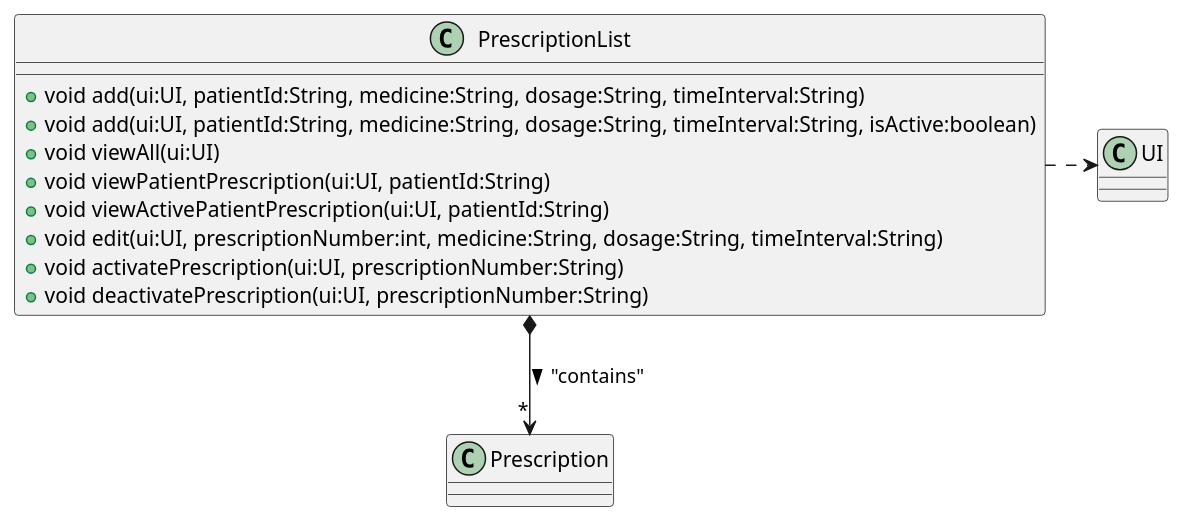
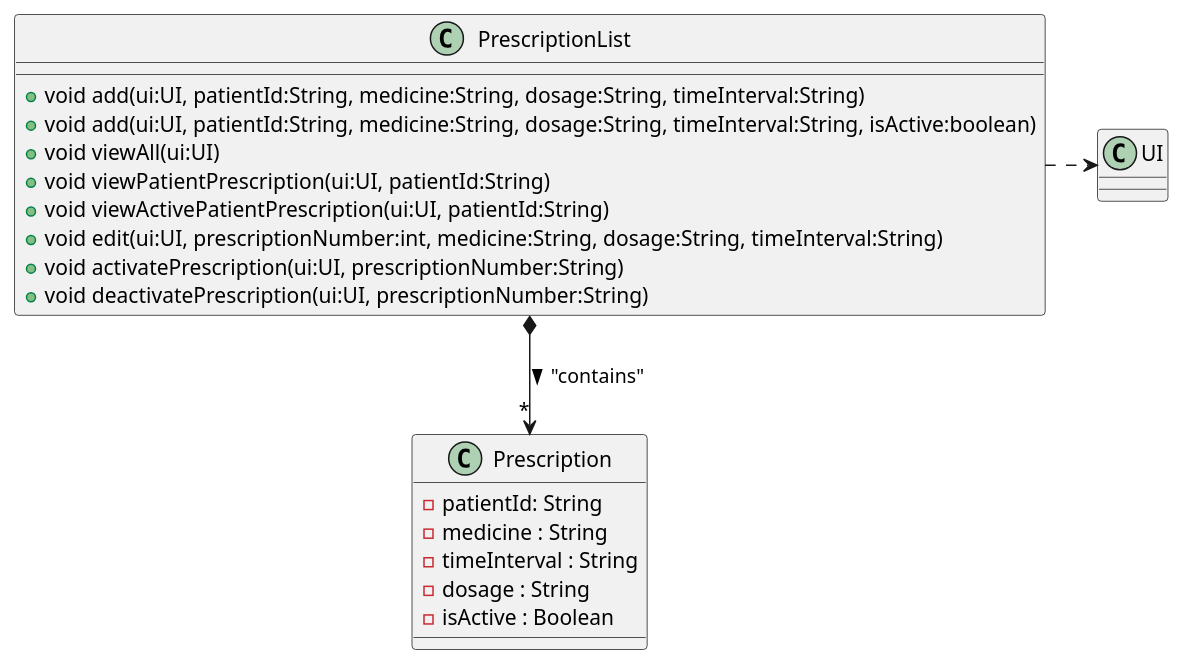
Before and after one commit to nus-cs2113-AY2223S1/tp: the diagram in diagrams/PrescriptionListClassDiagram.puml, drawn with PlantUML. The commit also changed 7 other files, not shown here.

Commit message:
Draw diagrams for activate, add and class diagram of prescriptionList

```diff
--- a/diagrams/PrescriptionListClassDiagram.puml
+++ b/diagrams/PrescriptionListClassDiagram.puml
@@ -1,20 +1,25 @@
 @startuml
 class PrescriptionList {
 + void add(ui:UI, patientId:String, medicine:String, dosage:String, timeInterval:String)
 + void add(ui:UI, patientId:String, medicine:String, dosage:String, timeInterval:String, isActive:boolean)
 + void viewAll(ui:UI)
 + void viewPatientPrescription(ui:UI, patientId:String)
 + void viewActivePatientPrescription(ui:UI, patientId:String)
 + void edit(ui:UI, prescriptionNumber:int, medicine:String, dosage:String, timeInterval:String)
 + void activatePrescription(ui:UI, prescriptionNumber:String)
 + void deactivatePrescription(ui:UI, prescriptionNumber:String)
 }
 
 class Prescription {
+- patientId: String
+- medicine : String
+- timeInterval : String
+- dosage : String
+- isActive : Boolean
 }
 
 class UI {}
 
 PrescriptionList *-down-> "*" Prescription : "contains" >
 PrescriptionList .right.> UI
 @enduml
```
